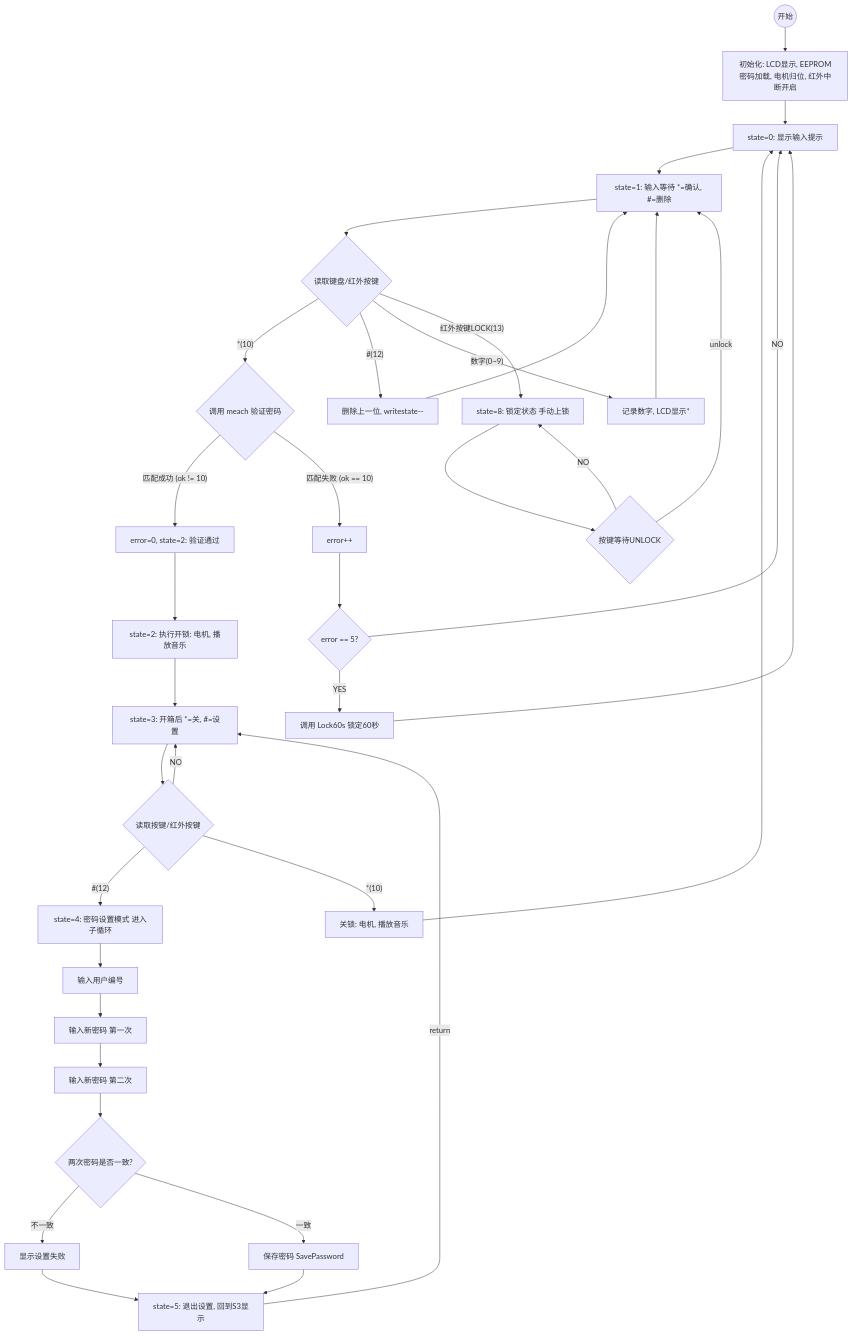
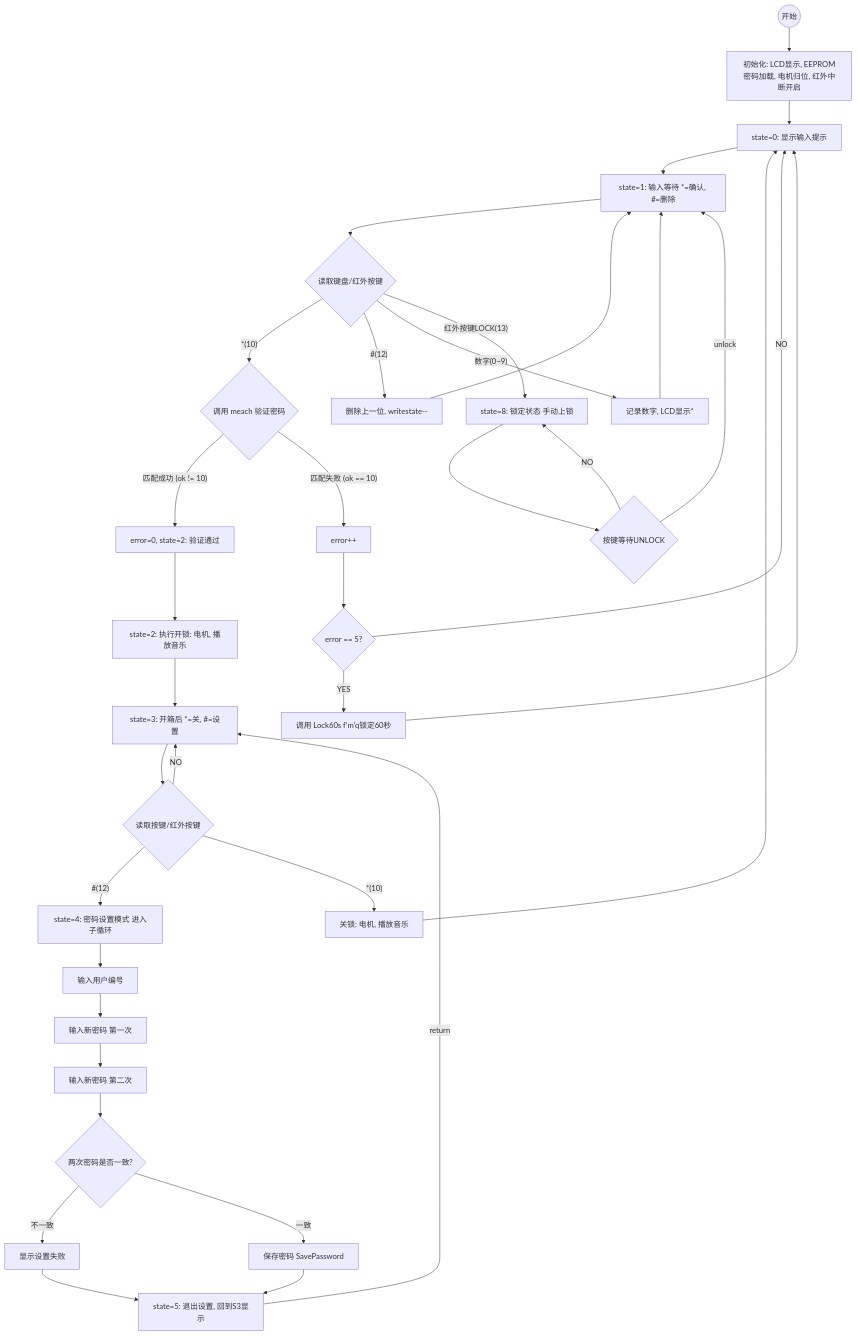
Before and after one commit to ksxyh-22/iodraw-files: the diagram in all/未命名-2.md, drawn with Mermaid.

Commit message:
2025-10-11 11:33:57 update

````diff
--- a/all/未命名-2.md
+++ b/all/未命名-2.md
@@ -1,80 +1,80 @@
 ```mermaid
 graph TD
     %% 状态机主流程
     START((开始)) --> INIT[初始化: LCD显示, EEPROM密码加载, 电机归位, 红外中断开启];
     INIT --> S0[state=0: 显示输入提示];
 
     %% 状态 1: 密码输入与验证 (主流程)
     S0 --> S1[state=1: 输入等待 *=确认, #=删除];
     
     S1 --> INPUT{读取键盘/红外按键};
     
     %% 验证分支
     INPUT -- *(10) --> VERIFY{调用 meach 验证密码};
 
 
     INPUT -- #(12) --> DELETE[删除上一位, writestate--];
     DELETE --> S1;
 
     
 
     %% 处理输入分支
     INPUT -- 数字(0~9) --> DIGIT[记录数字, LCD显示*];
     DIGIT --> S1;
 
     
 
     
 
     
     VERIFY -- 匹配成功 (ok != 10) --> S2_SUCCESS[error=0, state=2: 验证通过];
     
     %% 失败和错误处理 (分支到右侧)
     VERIFY -- 匹配失败 (ok == 10) --> ERROR_COUNT[error++];
     
     ERROR_COUNT --> CHECK_ERRORS{error == 5?};
     
     CHECK_ERRORS -- NO --> S0;
 
-    CHECK_ERRORS -- YES --> LOCK_60s[调用 Lock60s 锁定60秒];
+    CHECK_ERRORS -- YES --> LOCK_60s[调用 Lock60s f'm'q锁定60秒];
     LOCK_60s --> S0;
 
     %% 状态 2, 3, 5: 开锁后的操作 (主流程)
     S2_SUCCESS --> S2_OPEN[state=2: 执行开锁: 电机, 播放音乐];
     S2_OPEN --> S3[state=3: 开箱后 *=关, #=设置];
 
     S3 --> POST_KEY{读取按键/红外按键};
     
     POST_KEY -- NO --> S3;
     
     POST_KEY -- #(12) --> S4[state=4: 密码设置模式 进入子循环];
 
     POST_KEY -- *(10) --> S3_CLOSE[关锁: 电机, 播放音乐];
     S3_CLOSE --> S0;
     
     
 
     %% 状态 4: 密码设置 (子流程)
     S4 --> S4_USER[输入用户编号];
     S4_USER --> S4_PASS1[输入新密码 第一次];
     S4_PASS1 --> S4_PASS2[输入新密码 第二次];
 
     S4_PASS2 --> S4_CHECK{两次密码是否一致?};
     
     S4_CHECK -- 不一致 --> S4_FAIL[显示设置失败];
     S4_FAIL --> S5[state=5: 退出设置, 回到S3显示];
 
     S4_CHECK -- 一致 --> S4_SAVE[保存密码 SavePassword];
     S4_SAVE --> S5;
     
     S5 -- return --> S3; 
     
     %% 手动锁定 (分支到右侧)
     INPUT -- 红外按键LOCK(13) --> S8;
 
     %% 状态 8: 锁定状态 (独立循环)
     S8[state=8: 锁定状态 手动上锁] --> S8_WAIT{按键等待UNLOCK};
     
     S8_WAIT -- NO --> S8;
     S8_WAIT -- unlock --> S1;
 ```
````
